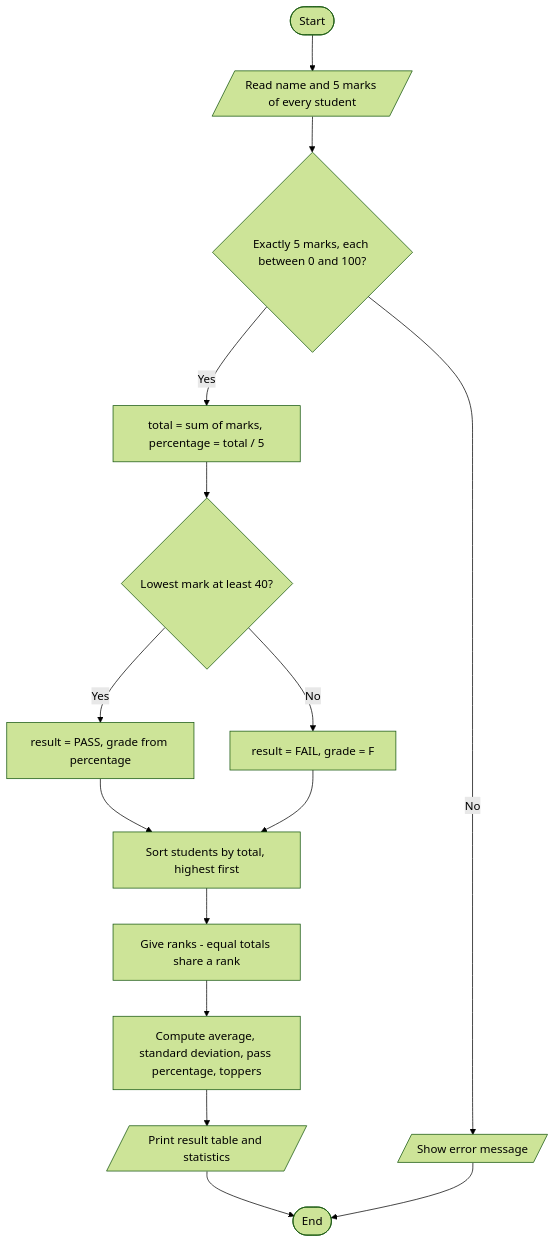
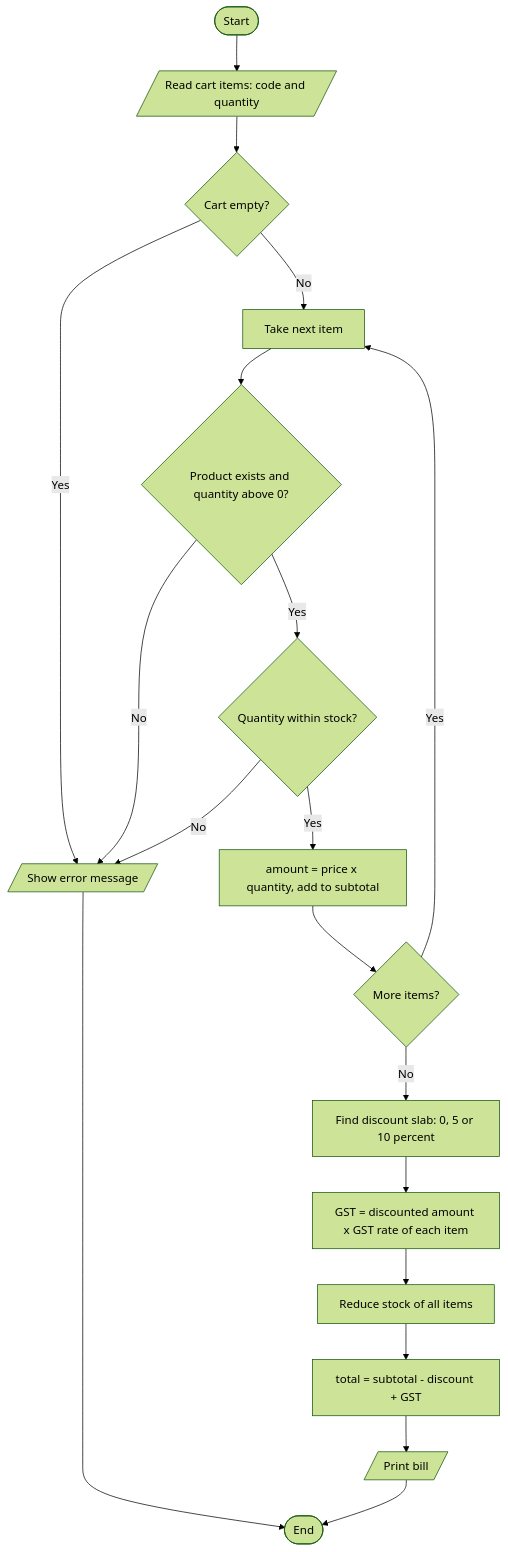
Before and after one commit to AtlaSwathi29/2026_27_CSE4-221_python_programming: the diagram in README.md, drawn with Mermaid (forest theme). The commit also changed other lines of this file and 4 other files, not shown here.

````diff
--- a/README.md
+++ b/README.md
@@ -61,17 +59,21 @@
 ```mermaid
 flowchart TD
-    A(["Start"]) --> B[/"Read name and 5 marks of every student"/]
-    B --> C{"Exactly 5 marks, each between 0 and 100?"}
-    C -- No --> ERR[/"Show error message"/]
-    C -- Yes --> D["total = sum of marks, percentage = total / 5"]
-    D --> E{"Lowest mark at least 40?"}
-    E -- Yes --> F["result = PASS, grade from percentage"]
-    E -- No --> G["result = FAIL, grade = F"]
-    F --> H["Sort students by total, highest first"]
-    G --> H
-    H --> I["Give ranks - equal totals share a rank"]
-    I --> J["Compute average, standard deviation, pass percentage, toppers"]
-    J --> K[/"Print result table and statistics"/]
-    K --> Z(["End"])
+    A(["Start"]) --> B[/"Read cart items: code and quantity"/]
+    B --> C{"Cart empty?"}
+    C -- Yes --> ERR[/"Show error message"/]
+    C -- No --> D["Take next item"]
+    D --> E{"Product exists and quantity above 0?"}
+    E -- No --> ERR
+    E -- Yes --> F{"Quantity within stock?"}
+    F -- No --> ERR
+    F -- Yes --> G["amount = price x quantity, add to subtotal"]
+    G --> H{"More items?"}
+    H -- Yes --> D
+    H -- No --> I["Find discount slab: 0, 5 or 10 percent"]
+    I --> J["GST = discounted amount x GST rate of each item"]
+    J --> K["Reduce stock of all items"]
+    K --> L["total = subtotal - discount + GST"]
+    L --> M[/"Print bill"/]
+    M --> Z(["End"])
     ERR --> Z
 ```
````
